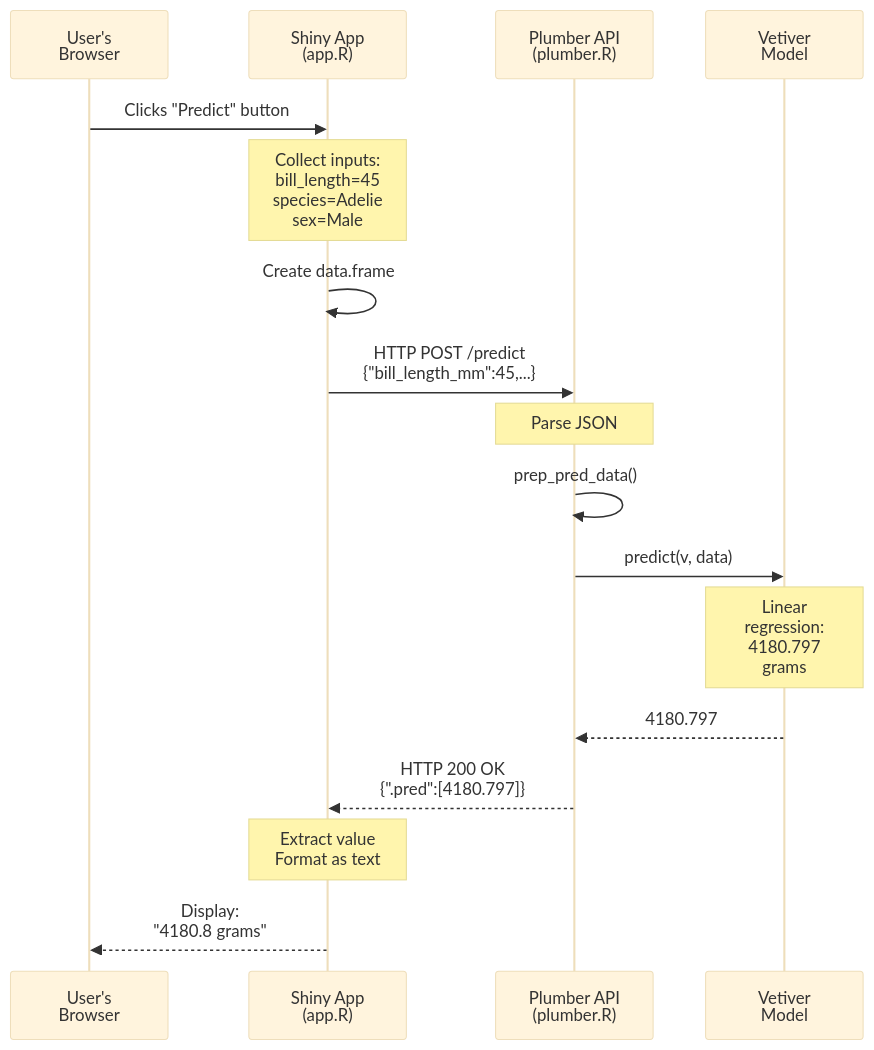
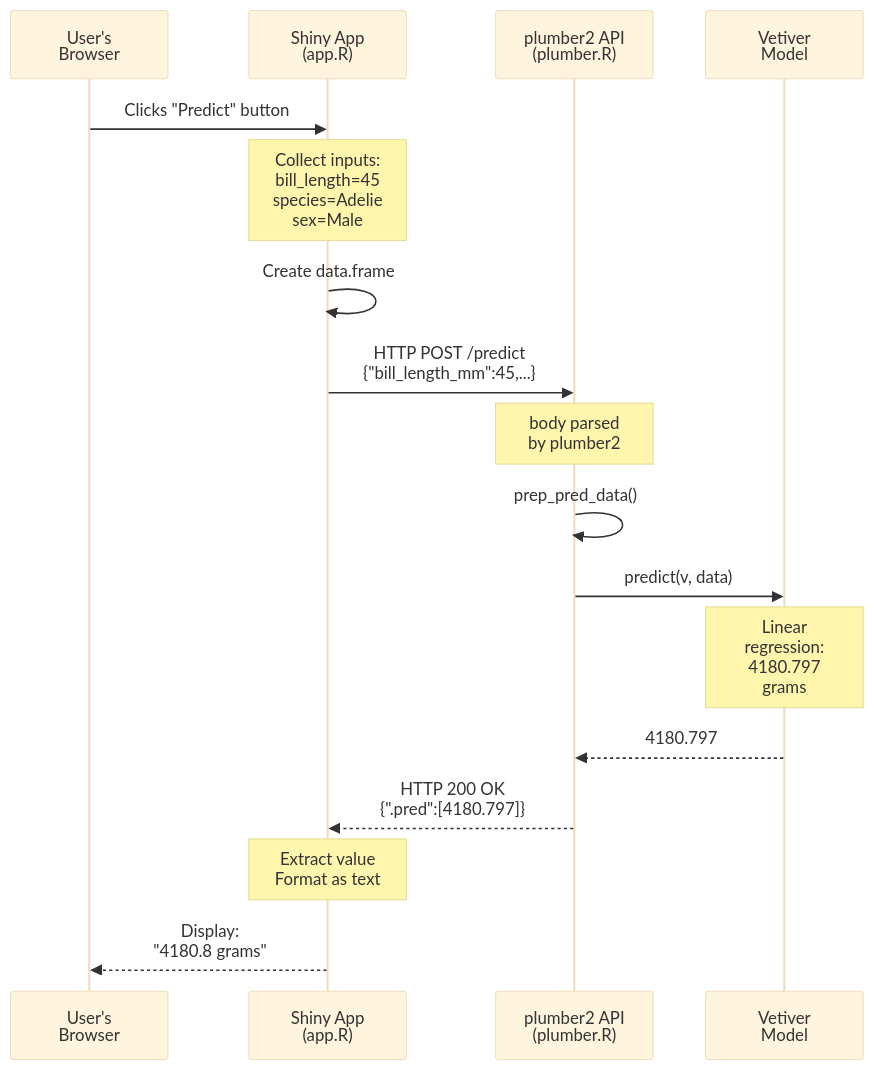
One commit to mjfrigaard/do4ds-labs changed the first of 3 diagrams in app-log-r.qmd. Above: the diagram before and after it, drawn with Mermaid. The commit also changed other lines of this file and 56 other files, not shown here.

````diff
--- a/app-log-r.qmd
+++ b/app-log-r.qmd
@@ -45,33 +45,33 @@
 ```{mermaid}
 %%| fig-cap: 'Shiny R App and plumber API'
 %%| fig-align: 'center'
 %%{init: {'theme': 'base', 'themeVariables': {'fontFamily': 'monospace'}}}%%
 
 sequenceDiagram
     participant User as User's<br>Browser
     participant Shiny as Shiny App<br>(app.R)
-    participant API as Plumber API<br>(plumber.R)
+    participant API as plumber2 API<br>(plumber.R)
     participant Model as Vetiver<br>Model
     
     User->>Shiny: Clicks "Predict" button
     
     Note over Shiny: Collect inputs:<br>bill_length=45<br>species=Adelie<br>sex=Male
     
     Shiny->>Shiny: Create data.frame
     
     Shiny->>API: HTTP POST /predict<br>{"bill_length_mm":45,...}
     
-    Note over API: Parse JSON
+    Note over API: body parsed<br>by plumber2
     API->>API: prep_pred_data()
     
     API->>Model: predict(v, data)
     Note over Model: Linear<br>regression:<br>4180.797<br>grams
     Model-->>API: 4180.797
     
     API-->>Shiny: HTTP 200 OK<br>{".pred":[4180.797]}
     
     Note over Shiny: Extract value<br>Format as text
     
     Shiny-->>User: Display:<br>"4180.8 grams"
     
 ```
````
